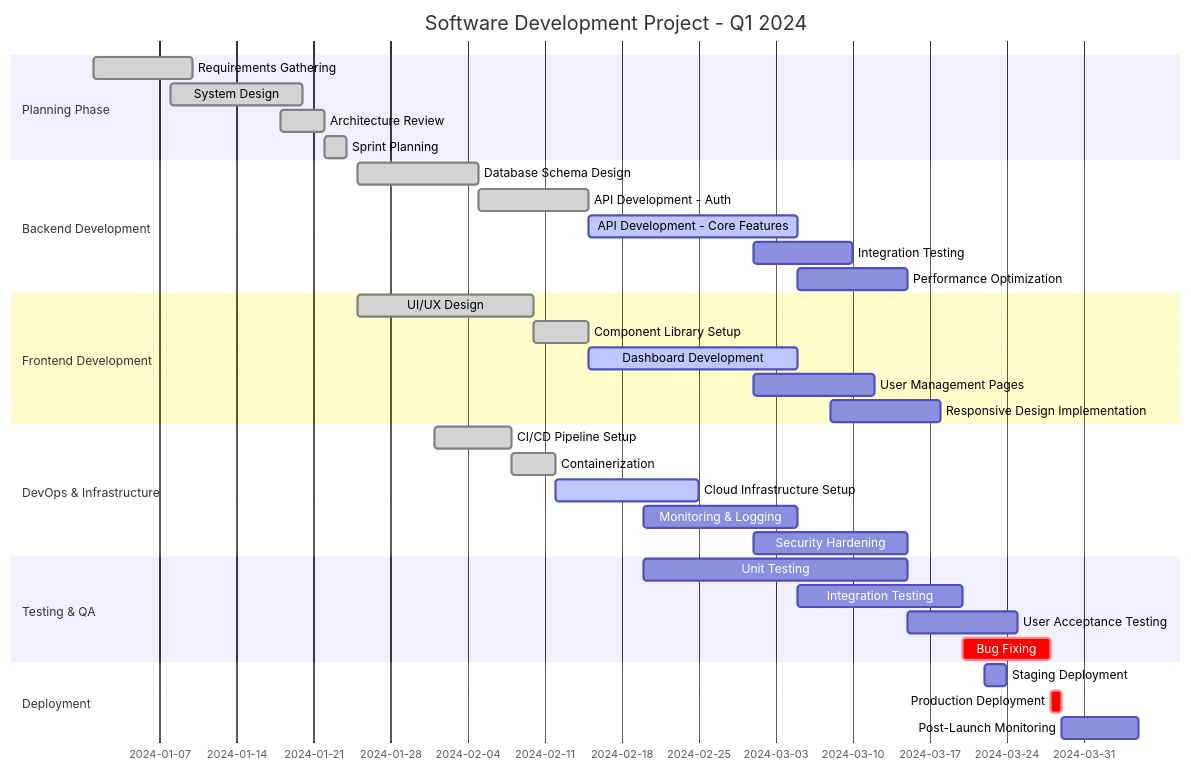
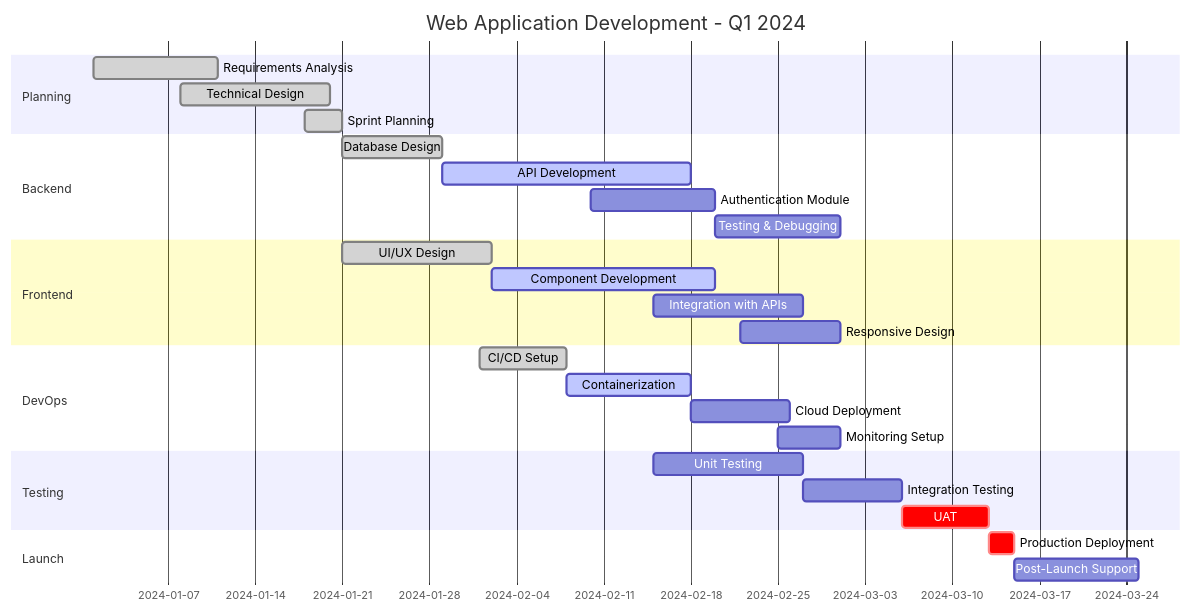
Before and after one commit to saugatapaul1010/RAG-Corrective: diagram 14 of 17 in Sample_Drawings.md, drawn with Mermaid. The commit also changed other lines of this file, not shown here.

````diff
--- a/Sample_Drawings.md
+++ b/Sample_Drawings.md
@@ -988,42 +830,37 @@
 ```mermaid
 gantt
-    title Software Development Project - Q1 2024
+    title Web Application Development - Q1 2024
     dateFormat YYYY-MM-DD
-    section Planning Phase
-    Requirements Gathering           :done,    req1, 2024-01-01, 2024-01-10
-    System Design                     :done,    des1, 2024-01-08, 2024-01-20
-    Architecture Review               :done,    arch1, 2024-01-18, 2024-01-22
-    Sprint Planning                   :done,    sprint1, 2024-01-22, 2024-01-24
     
-    section Backend Development
-    Database Schema Design            :done,    db1, 2024-01-25, 2024-02-05
-    API Development - Auth            :done,    api1, 2024-02-05, 2024-02-15
-    API Development - Core Features   :active,  api2, 2024-02-15, 2024-03-05
-    Integration Testing               :         test1, 2024-03-01, 2024-03-10
-    Performance Optimization          :         perf1, 2024-03-05, 2024-03-15
+    section Planning
+    Requirements Analysis        :done,    p1, 2024-01-01, 10d
+    Technical Design             :done,    p2, 2024-01-08, 12d
+    Sprint Planning              :done,    p3, 2024-01-18, 3d
     
-    section Frontend Development
-    UI/UX Design                      :done,    ui1, 2024-01-25, 2024-02-10
-    Component Library Setup           :done,    comp1, 2024-02-10, 2024-02-15
-    Dashboard Development             :active,  dash1, 2024-02-15, 2024-03-05
-    User Management Pages             :         user1, 2024-03-01, 2024-03-12
-    Responsive Design Implementation  :         resp1, 2024-03-08, 2024-03-18
+    section Backend
+    Database Design              :done,    b1, 2024-01-21, 8d
+    API Development              :active,  b2, 2024-01-29, 20d
+    Authentication Module        :         b3, 2024-02-10, 10d
+    Testing & Debugging          :         b4, 2024-02-20, 10d
     
-    section DevOps & Infrastructure
-    CI/CD Pipeline Setup              :done,    cicd1, 2024-02-01, 2024-02-08
-    Containerization                  :done,    dock1, 2024-02-08, 2024-02-12
-    Cloud Infrastructure Setup        :active,  cloud1, 2024-02-12, 2024-02-25
-    Monitoring & Logging              :         mon1, 2024-02-20, 2024-03-05
-    Security Hardening                :         sec1, 2024-03-01, 2024-03-15
+    section Frontend
+    UI/UX Design                 :done,    f1, 2024-01-21, 12d
+    Component Development        :active,  f2, 2024-02-02, 18d
+    Integration with APIs        :         f3, 2024-02-15, 12d
+    Responsive Design            :         f4, 2024-02-22, 8d
     
-    section Testing & QA
-    Unit Testing                      :         unit1, 2024-02-20, 2024-03-15
-    Integration Testing               :         int1, 2024-03-05, 2024-03-20
-    User Acceptance Testing           :         uat1, 2024-03-15, 2024-03-25
-    Bug Fixing                        :crit,    bug1, 2024-03-20, 2024-03-28
+    section DevOps
+    CI/CD Setup                  :done,    d1, 2024-02-01, 7d
+    Containerization             :active,  d2, 2024-02-08, 10d
+    Cloud Deployment             :         d3, 2024-02-18, 8d
+    Monitoring Setup             :         d4, 2024-02-25, 5d
     
-    section Deployment
-    Staging Deployment                :         stage1, 2024-03-22, 2024-03-24
-    Production Deployment             :crit,    prod1, 2024-03-28, 2024-03-29
-    Post-Launch Monitoring            :         monitor1, 2024-03-29, 2024-04-05
+    section Testing
+    Unit Testing                 :         t1, 2024-02-15, 12d
+    Integration Testing          :         t2, 2024-02-27, 8d
+    UAT                          :crit,    t3, 2024-03-06, 7d
+    
+    section Launch
+    Production Deployment        :crit,    l1, 2024-03-13, 2d
+    Post-Launch Support          :         l2, 2024-03-15, 10d
 ```
````
